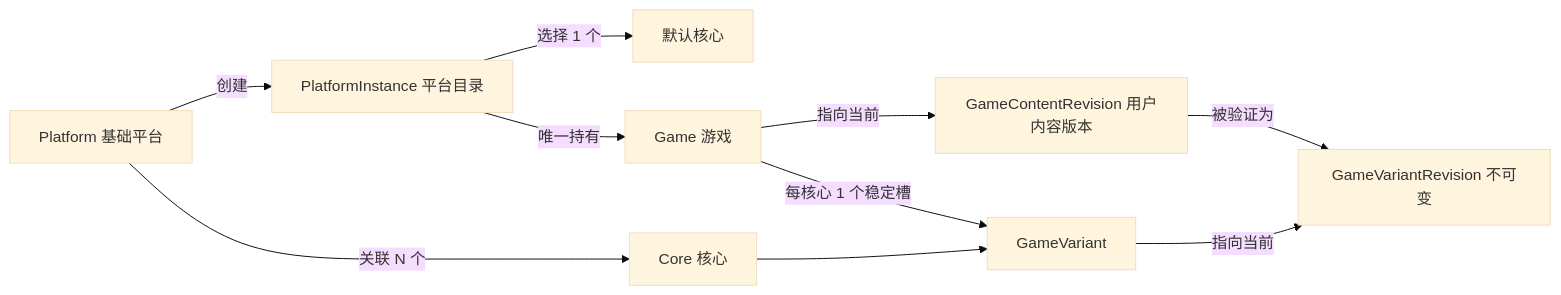
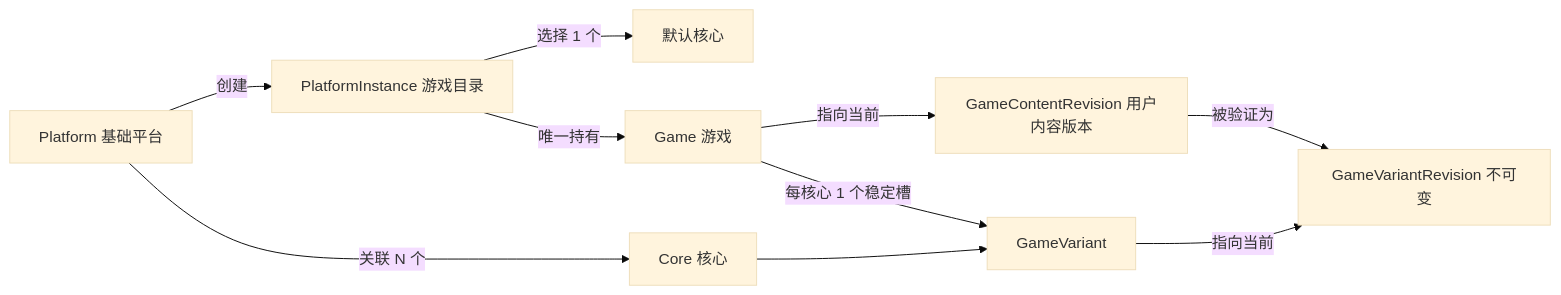
Before and after one commit to retrom-project/retrom: the first of 4 diagrams in docs/retrom-product-architecture.md, drawn with Mermaid (base theme). The commit also changed other lines of this file and 14 other files, not shown here.

Commit message:
fix: platform instance name

```diff
--- a/docs/retrom-product-architecture.md
+++ b/docs/retrom-product-architecture.md
@@ -68,12 +68,12 @@
 ~~~mermaid
 flowchart LR
-    P["Platform 基础平台"] -->|创建| PI["PlatformInstance 平台目录"]
+    P["Platform 基础平台"] -->|创建| PI["PlatformInstance 游戏目录"]
     P -->|关联 N 个| C["Core 核心"]
     PI -->|选择 1 个| DC["默认核心"]
     PI -->|唯一持有| G["Game 游戏"]
     G -->|指向当前| CR["GameContentRevision 用户内容版本"]
     G -->|每核心 1 个稳定槽| V["GameVariant"]
     V -->|指向当前| VR["GameVariantRevision 不可变"]
     CR -->|被验证为| VR
     C --> V
 ~~~
```
